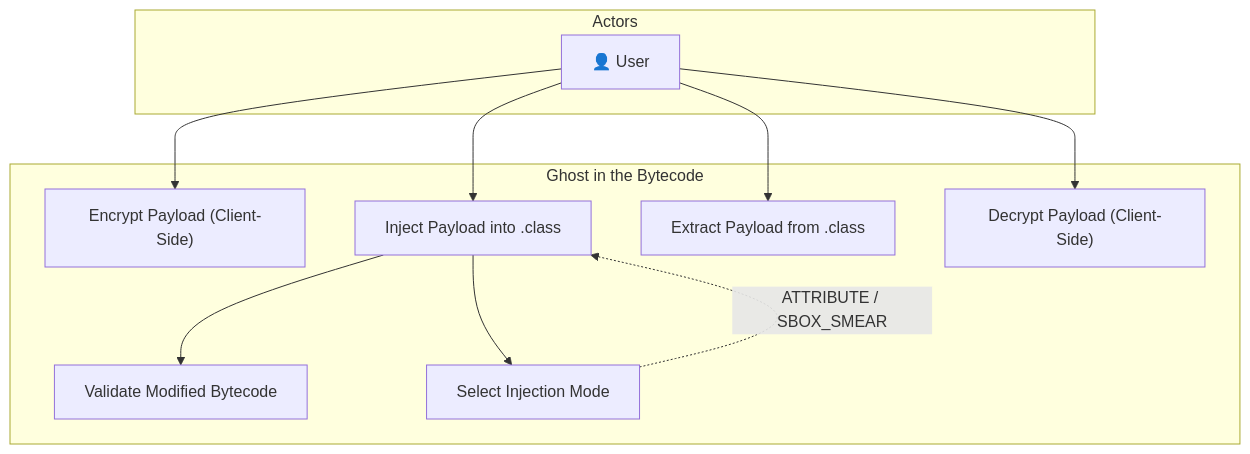
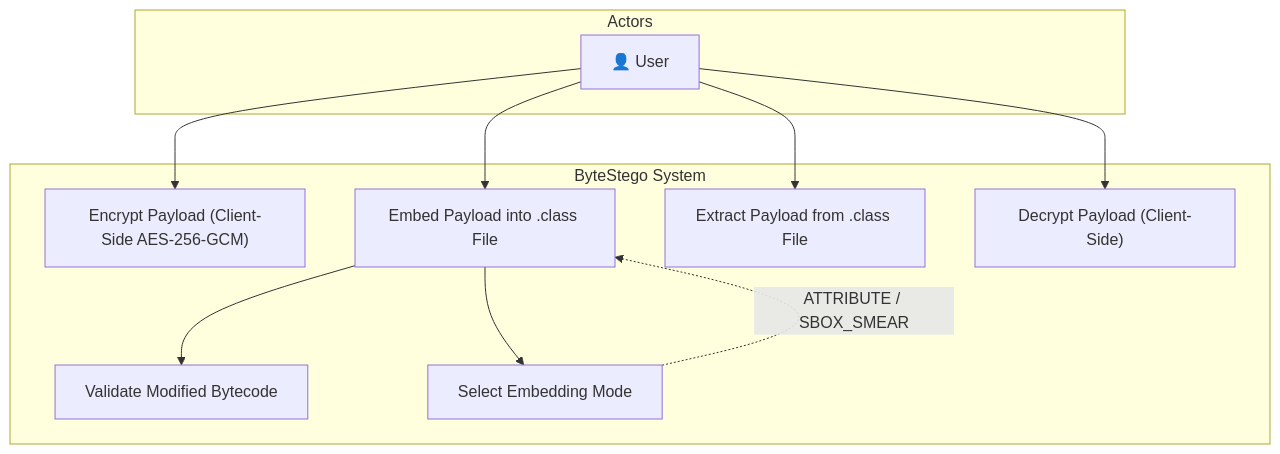
The first of 4 diagrams in docs/architecture.md (RohitBharadwaj-rvu/ghost-in-the-bytecode), drawn with Mermaid before and after one commit. The commit also changed other lines of this file and 1 other file, not shown here.

Commit message:
docs: rename to academic naming — ByteStego, PayloadEmbedder, SteganographyController

````diff
--- a/docs/architecture.md
+++ b/docs/architecture.md
@@ -10,23 +10,23 @@
 ```mermaid
 graph TB
     subgraph Actors
         User["👤 User"]
     end
 
-    subgraph "Ghost in the Bytecode"
-        UC1["Encrypt Payload (Client-Side)"]
-        UC2["Inject Payload into .class"]
-        UC3["Extract Payload from .class"]
+    subgraph "ByteStego System"
+        UC1["Encrypt Payload (Client-Side AES-256-GCM)"]
+        UC2["Embed Payload into .class File"]
+        UC3["Extract Payload from .class File"]
         UC4["Decrypt Payload (Client-Side)"]
         UC5["Validate Modified Bytecode"]
-        UC6["Select Injection Mode"]
+        UC6["Select Embedding Mode"]
     end
 
     User --> UC1
     User --> UC2
     User --> UC3
     User --> UC4
     UC2 --> UC5
     UC2 --> UC6
     UC6 -.->|"ATTRIBUTE / SBOX_SMEAR"| UC2
 ```
````
